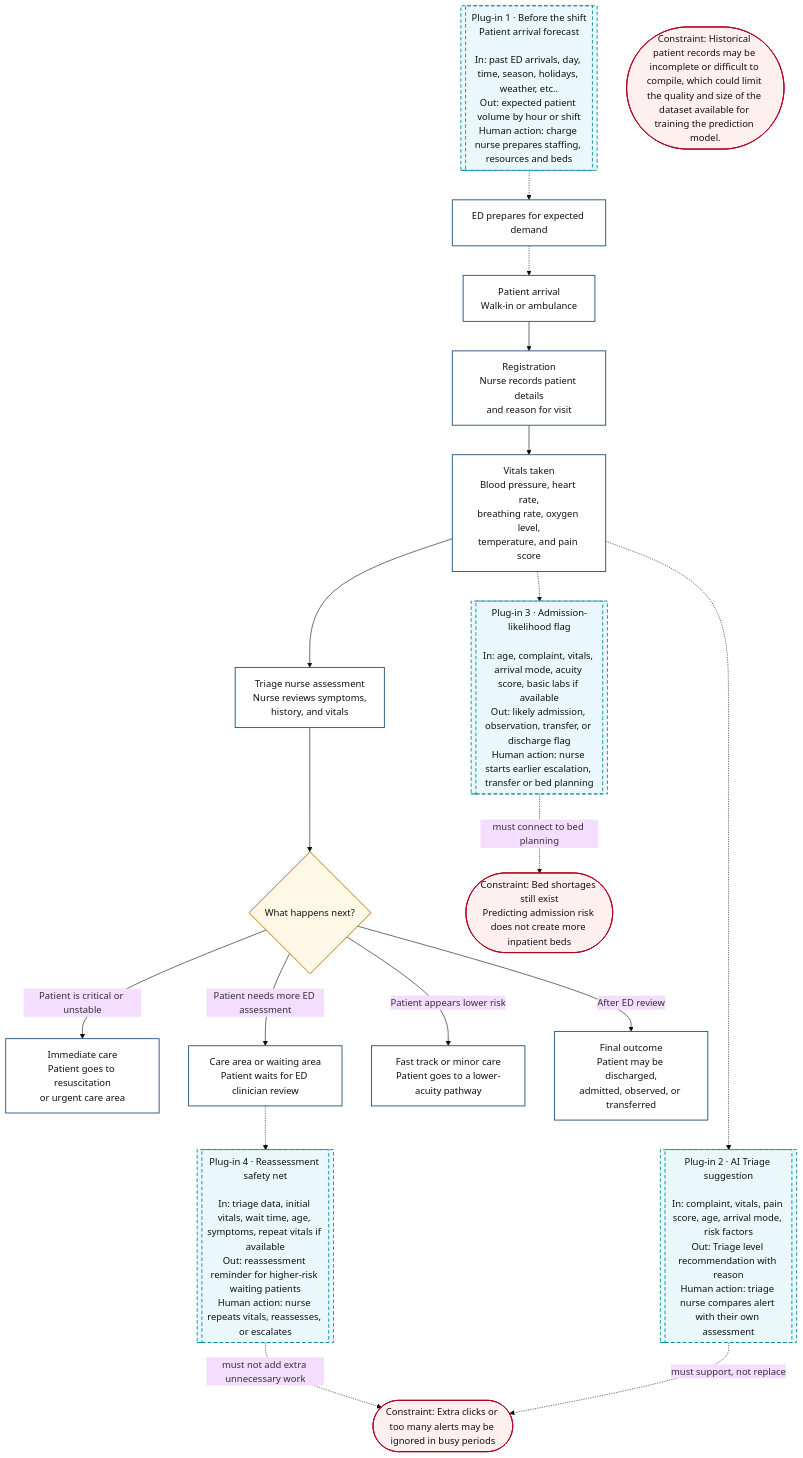
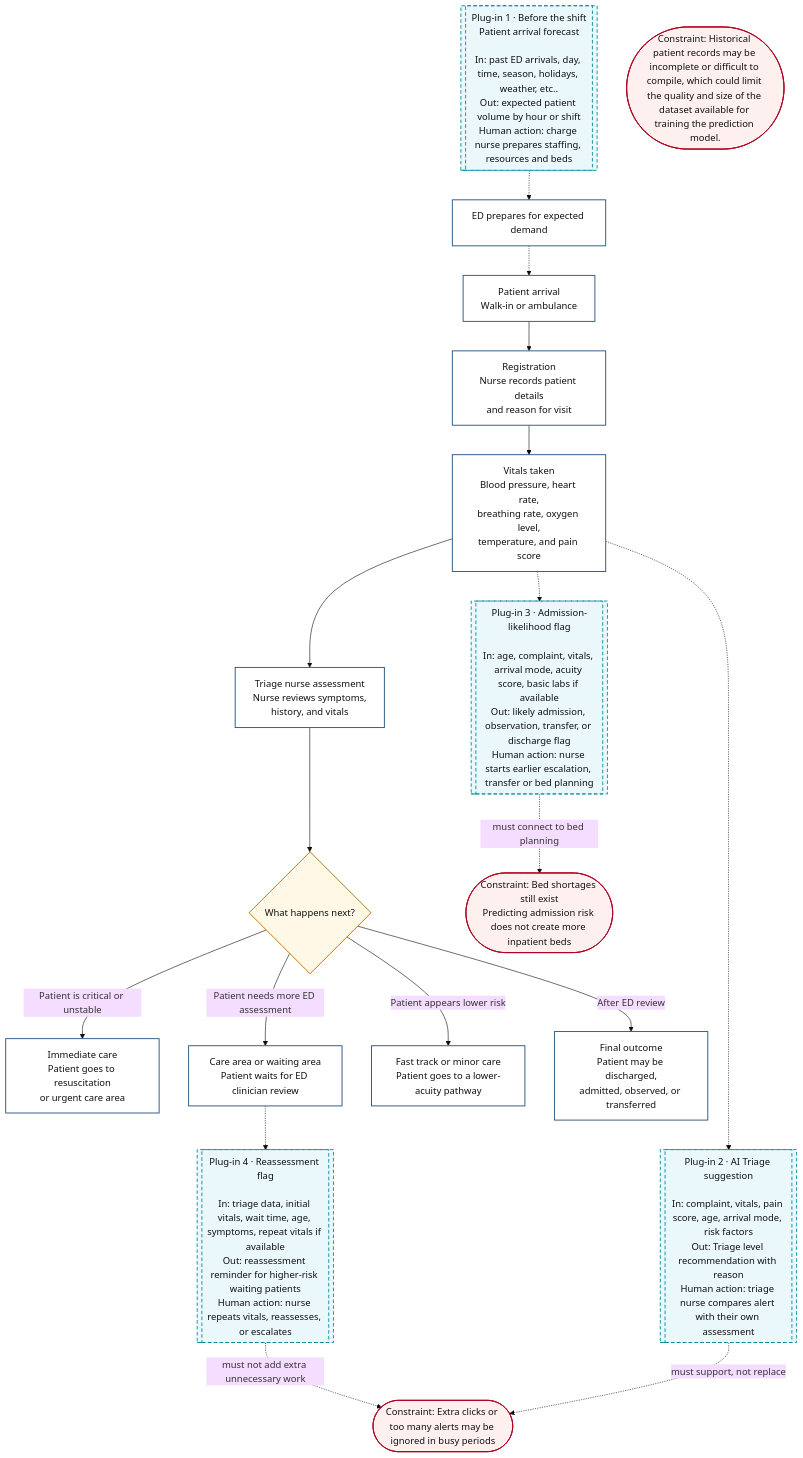
One commit to tinadams/carisurg-portfolio changed the diagram in docs/week_3_workflow.md. Above: the diagram before and after it, drawn with Mermaid (base theme).

Commit message:
Rename AI4 plug-in to 'Reassessment flag'

````diff
--- a/docs/week_3_workflow.md
+++ b/docs/week_3_workflow.md
@@ -1,55 +1,55 @@
 ```mermaid
 flowchart TD
 
 A[Patient arrival<br/>Walk-in or ambulance] --> B[Registration<br/>Nurse records patient details<br/>and reason for visit]
 
 B --> C[Vitals taken<br/>Blood pressure, heart rate,<br/>breathing rate, oxygen level,<br/>temperature, and pain score]
 
 C --> D[Triage nurse assessment<br/>Nurse reviews symptoms,<br/>history, and vitals]
 
 D --> E{What happens next?}
 
 E -->|Patient is critical or unstable| F[Immediate care<br/>Patient goes to resuscitation<br/>or urgent care area]
 
 E -->|Patient needs more ED assessment| G[Care area or waiting area<br/>Patient waits for ED clinician review]
 
 E -->|Patient appears lower risk| H[Fast track or minor care<br/>Patient goes to a lower-acuity pathway]
 
 E -->|After ED review| I[Final outcome<br/>Patient may be discharged,<br/>admitted, observed, or transferred]
 
 AI1[[Plug-in 1 · Before the shift<br/>Patient arrival forecast<br/><br/>In: past ED arrivals, day, time, season, holidays, weather, etc..<br/>Out: expected patient volume by hour or shift<br/>Human action: charge nurse prepares staffing, resources and beds]]
 
 AI2[[Plug-in 2 · AI Triage suggestion<br/><br/>In: complaint, vitals, pain score, age, arrival mode, risk factors<br/>Out: Triage level recommendation with reason<br/>Human action: triage nurse compares alert with their own assessment]]
 
 AI3[[Plug-in 3 · Admission-likelihood flag<br/><br/>In: age, complaint, vitals, arrival mode, acuity score, basic labs if available<br/>Out: likely admission, observation, transfer, or discharge flag<br/>Human action: nurse starts earlier escalation, transfer or bed planning]]
 
-AI4[[Plug-in 4 · Reassessment safety net<br/><br/>In: triage data, initial vitals, wait time, age, symptoms, repeat vitals if available<br/>Out: reassessment reminder for higher-risk waiting patients<br/>Human action: nurse repeats vitals, reassesses, or escalates]]
+AI4[[Plug-in 4 · Reassessment flag<br/><br/>In: triage data, initial vitals, wait time, age, symptoms, repeat vitals if available<br/>Out: reassessment reminder for higher-risk waiting patients<br/>Human action: nurse repeats vitals, reassesses, or escalates]]
 
 PRE[ED prepares for expected demand]
 
 AI1 -.-> PRE
 PRE -.-> A
 C -.-> AI3
 C -.-> AI2
 G -.-> AI4
 
 C1([Constraint: Historical patient records may be incomplete or difficult to compile, which could limit the quality and size of the dataset available for training the prediction model.])
 
 C2([Constraint: Extra clicks or too many alerts may be ignored in busy periods])
 
 C3([Constraint: Bed shortages still exist<br/>Predicting admission risk does not create more inpatient beds])
 
 AI2 -. must support, not replace .-> C2
 AI3 -. must connect to bed planning .-> C3
 AI4 -. must not add extra unnecessary work.-> C2
 
 classDef process fill:#ffffff,stroke:#1f4e79,stroke-width:1.5px,color:#111;
 classDef decision fill:#fff8e6,stroke:#b36b00,stroke-width:1.5px,color:#111;
 classDef ai fill:#eaf7fb,stroke:#008c99,stroke-width:1.5px,stroke-dasharray: 6 4,color:#111;
 classDef constraint fill:#fff0f0,stroke:#b00020,stroke-width:1.5px,color:#111;
 
 class A,B,C,D,F,G,H,I,PRE process;
 class E decision;
 class AI1,AI2,AI3,AI4 ai;
 class C1,C2,C3 constraint;
 ```
````
